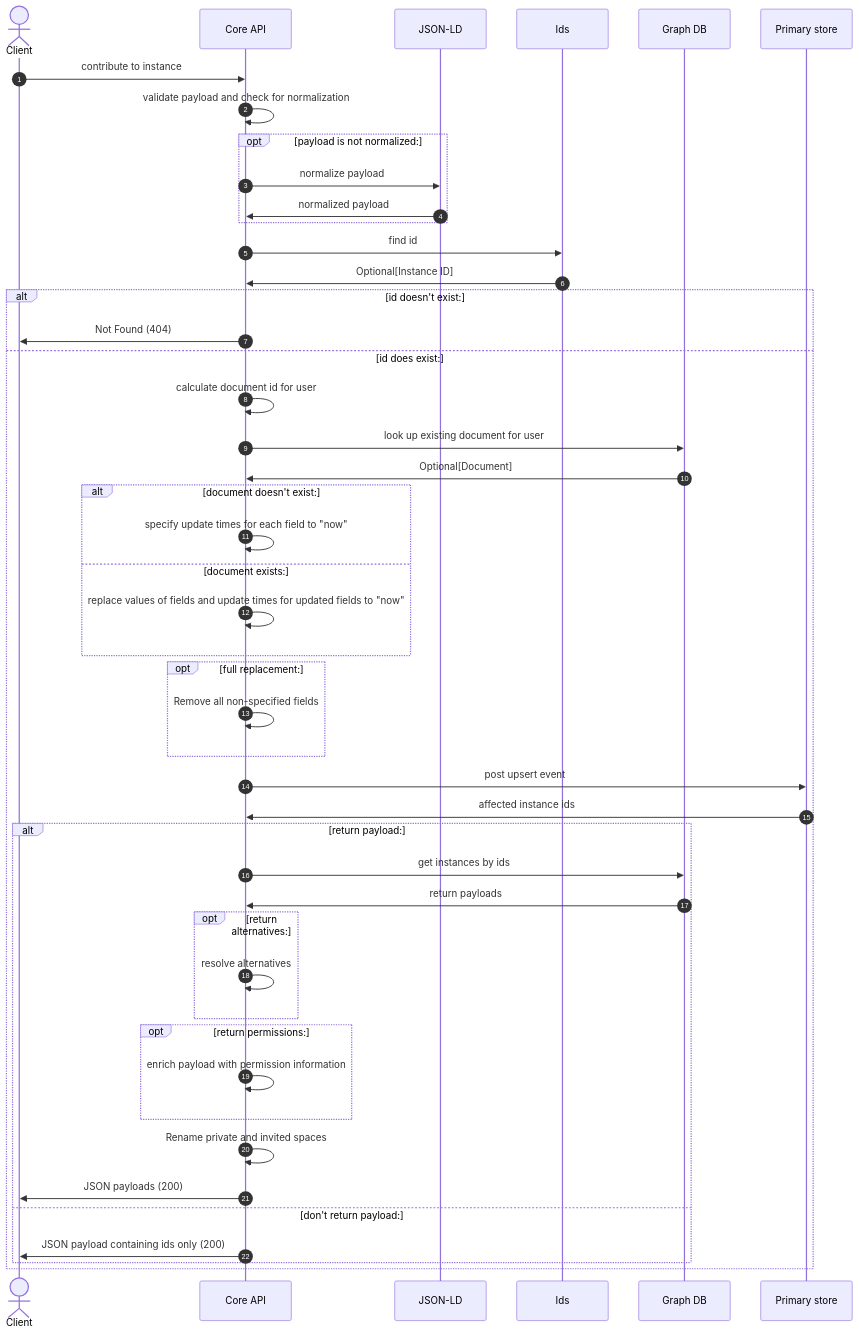
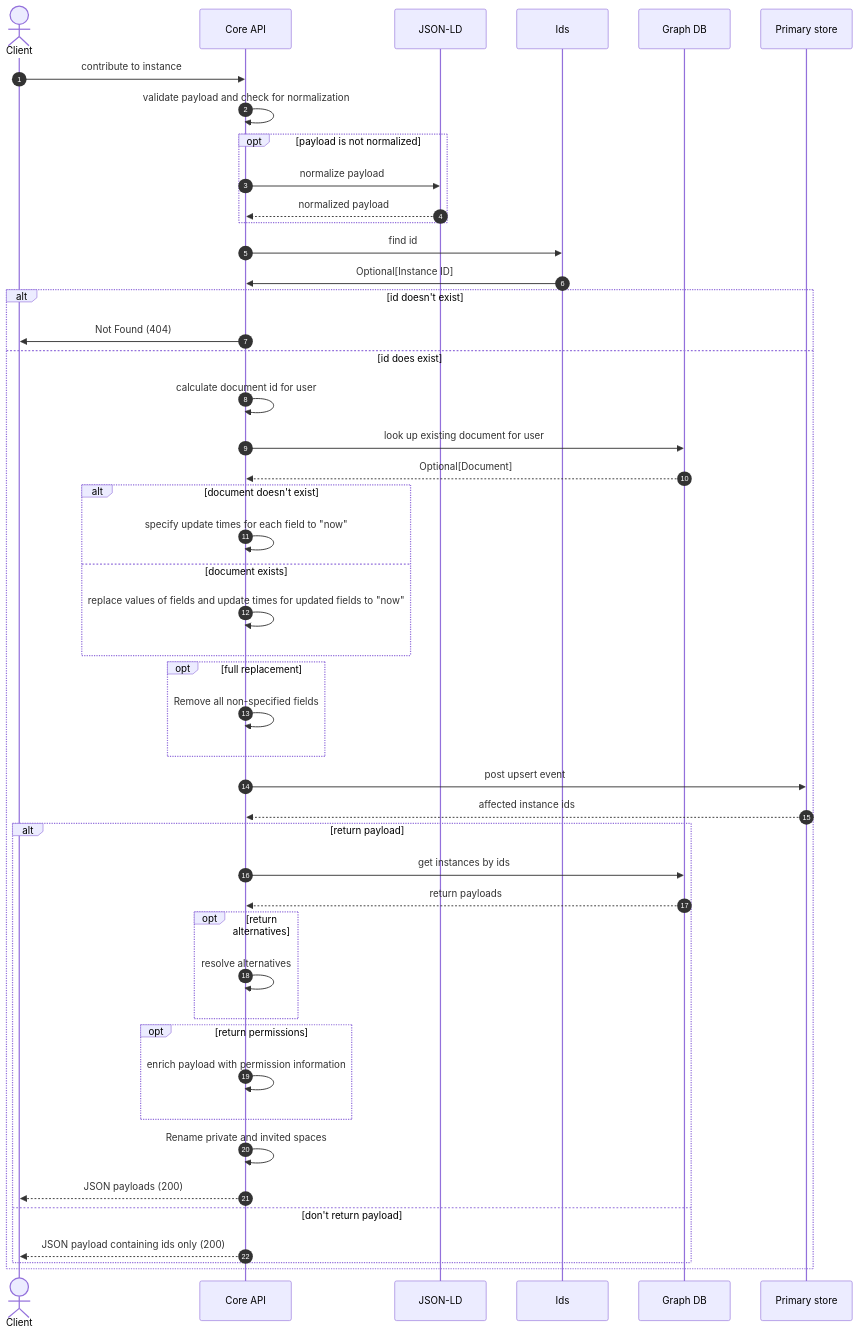
Before and after one commit to HumanBrainProject/kg-core: the second of 5 diagrams in services/kg-core-api/src/main/java/eu/ebrains/kg/core/api/instances.md, drawn with Mermaid. The commit also changed other lines of this file and 74 other files, not shown here.

````diff
--- a/services/kg-core-api/src/main/java/eu/ebrains/kg/core/api/instances.md
+++ b/services/kg-core-api/src/main/java/eu/ebrains/kg/core/api/instances.md
@@ -46,44 +46,44 @@
 ```mermaid
 sequenceDiagram   
   autonumber
   actor Client
   Client ->> Core API: contribute to instance
   Core API ->> Core API: validate payload and check for normalization
-  opt payload is not normalized:
+  opt payload is not normalized
       Core API ->> JSON-LD: normalize payload
-      JSON-LD ->> Core API: normalized payload  
+      JSON-LD -->> Core API: normalized payload  
   end
   Core API ->> Ids: find id
   Ids ->> Core API: Optional[Instance ID]
-  alt id doesn't exist:
+  alt id doesn't exist
     Core API ->> Client: Not Found (404)
-  else id does exist:
+  else id does exist
     Core API ->> Core API: calculate document id for user
     Core API ->> Graph DB: look up existing document for user
-    Graph DB ->> Core API: Optional[Document]
-    alt document doesn't exist:
+    Graph DB -->> Core API: Optional[Document]
+    alt document doesn't exist
         Core API ->> Core API: specify update times for each field to "now"
-    else document exists:
+    else document exists
         Core API ->> Core API: replace values of fields and update times for updated fields to "now"
     end
-    opt full replacement:
+    opt full replacement
         Core API ->> Core API: Remove all non-specified fields
     end
     Core API ->> Primary store: post upsert event
-    Primary store ->> Core API: affected instance ids
-    alt return payload:
+    Primary store -->> Core API: affected instance ids
+    alt return payload
         Core API ->> Graph DB: get instances by ids
-        Graph DB ->> Core API: return payloads
-        opt return alternatives:
+        Graph DB -->> Core API: return payloads
+        opt return alternatives
             Core API ->> Core API: resolve alternatives
         end
-        opt return permissions:
+        opt return permissions
             Core API ->> Core API: enrich payload with permission information
         end        
         Core API ->> Core API: Rename private and invited spaces
-        Core API ->> Client: JSON payloads (200)
-    else don't return payload:
-        Core API ->> Client: JSON payload containing ids only (200)
+        Core API -->> Client: JSON payloads (200)
+    else don't return payload
+        Core API -->> Client: JSON payload containing ids only (200)
     end
   end
 ```
````
